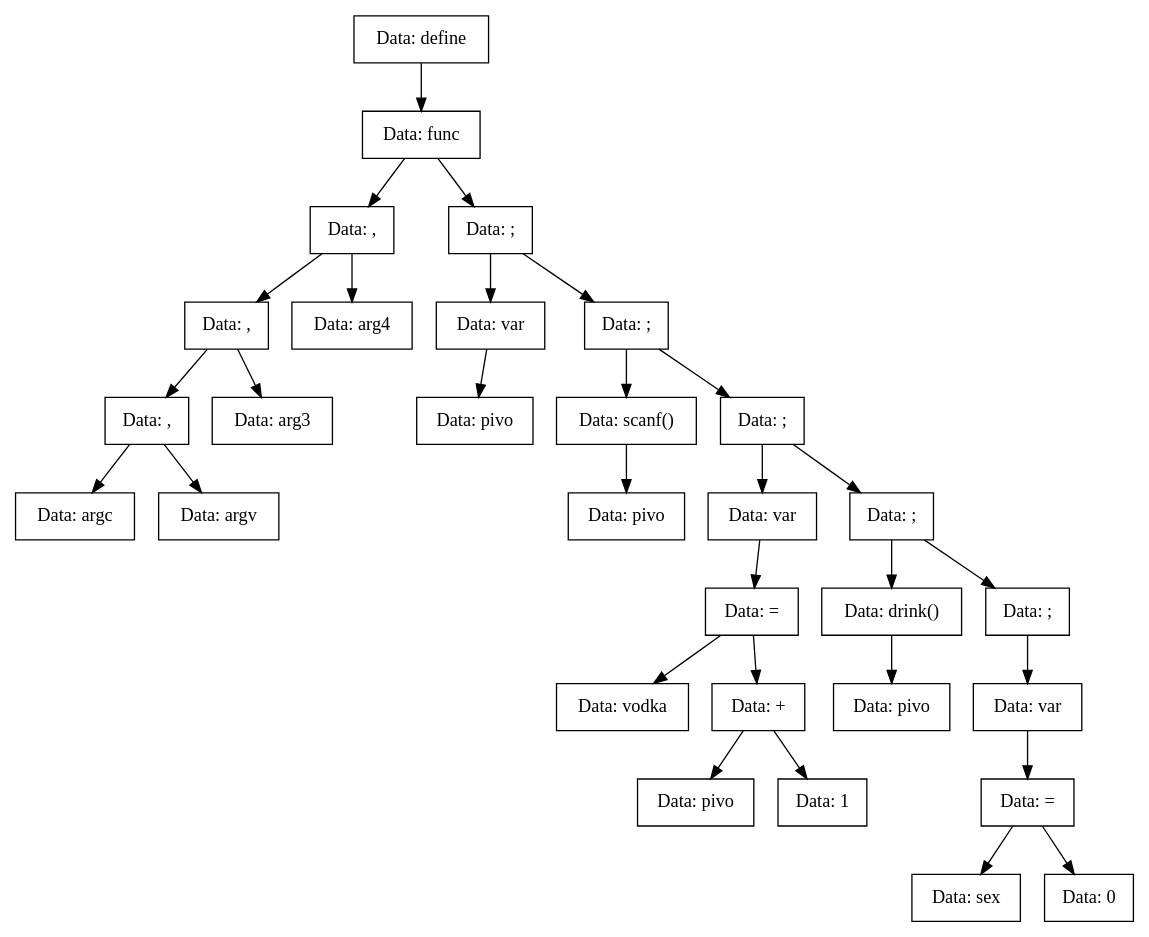
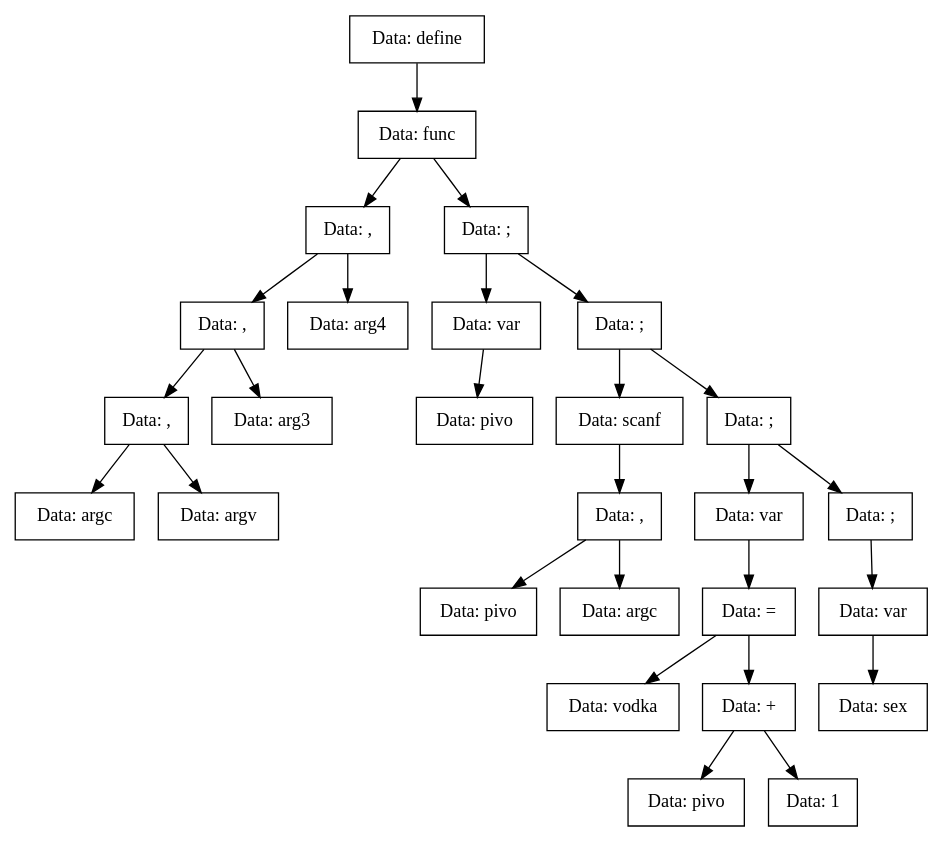
Before and after one commit to vorontsov-amd/Compiller: the diagram in TreeDump/func.dot, drawn with Graphviz. The commit also changed 16 other files, not shown here.

```diff
--- a/TreeDump/func.dot
+++ b/TreeDump/func.dot
@@ -1,61 +1,55 @@
 digraph func{
-Node0x559689da5d60[shape="record", label="Data: define"];
-Node0x559689da5f40[shape="record", label="Data: func"];
-Node0x559689da5db0[shape="record", label="Data: ,"];
-Node0x559689da5ef0[shape="record", label="Data: ,"];
-Node0x559689da5e00[shape="record", label="Data: ,"];
-Node0x559689da5ea0[shape="record", label="Data: argc"];
-Node0x559689da5e00->Node0x559689da5ea0;
-Node0x559689da5e50[shape="record", label="Data: argv"];
-Node0x559689da5e00->Node0x559689da5e50;
-Node0x559689da5ef0->Node0x559689da5e00;
-Node0x559689da5cc0[shape="record", label="Data: arg3"];
-Node0x559689da5ef0->Node0x559689da5cc0;
-Node0x559689da5db0->Node0x559689da5ef0;
-Node0x559689da64e0[shape="record", label="Data: arg4"];
-Node0x559689da5db0->Node0x559689da64e0;
-Node0x559689da5f40->Node0x559689da5db0;
-Node0x559689da6490[shape="record", label="Data: ;"];
-Node0x559689da63a0[shape="record", label="Data: var"];
-Node0x559689da6170[shape="record", label="Data: pivo"];
-Node0x559689da63a0->Node0x559689da6170;
-Node0x559689da6490->Node0x559689da63a0;
-Node0x559689da6080[shape="record", label="Data: ;"];
-Node0x559689da5f90[shape="record", label="Data: scanf()"];
-Node0x559689da5d10[shape="record", label="Data: pivo"];
-Node0x559689da5f90->Node0x559689da5d10;
-Node0x559689da6080->Node0x559689da5f90;
-Node0x559689da6530[shape="record", label="Data: ;"];
-Node0x559689da62b0[shape="record", label="Data: var"];
-Node0x559689da6210[shape="record", label="Data: ="];
-Node0x559689da61c0[shape="record", label="Data: vodka"];
-Node0x559689da6210->Node0x559689da61c0;
-Node0x559689da6440[shape="record", label="Data: +"];
-Node0x559689da63f0[shape="record", label="Data: pivo"];
-Node0x559689da6440->Node0x559689da63f0;
-Node0x559689da6580[shape="record", label="Data: 1"];
-Node0x559689da6440->Node0x559689da6580;
-Node0x559689da6210->Node0x559689da6440;
-Node0x559689da62b0->Node0x559689da6210;
-Node0x559689da6530->Node0x559689da62b0;
-Node0x559689da65d0[shape="record", label="Data: ;"];
-Node0x559689da6350[shape="record", label="Data: drink()"];
-Node0x559689da6030[shape="record", label="Data: pivo"];
-Node0x559689da6350->Node0x559689da6030;
-Node0x559689da65d0->Node0x559689da6350;
-Node0x559689da5fe0[shape="record", label="Data: ;"];
-Node0x559689da6120[shape="record", label="Data: var"];
-Node0x559689da60d0[shape="record", label="Data: ="];
-Node0x559689da6260[shape="record", label="Data: sex"];
-Node0x559689da60d0->Node0x559689da6260;
-Node0x559689da6300[shape="record", label="Data: 0"];
-Node0x559689da60d0->Node0x559689da6300;
-Node0x559689da6120->Node0x559689da60d0;
-Node0x559689da5fe0->Node0x559689da6120;
-Node0x559689da65d0->Node0x559689da5fe0;
-Node0x559689da6530->Node0x559689da65d0;
-Node0x559689da6080->Node0x559689da6530;
-Node0x559689da6490->Node0x559689da6080;
-Node0x559689da5f40->Node0x559689da6490;
-Node0x559689da5d60->Node0x559689da5f40;
+Node0x55af1790c2c0[shape="record", label="Data: define"];
+Node0x55af1790c4a0[shape="record", label="Data: func"];
+Node0x55af1790c310[shape="record", label="Data: ,"];
+Node0x55af1790c450[shape="record", label="Data: ,"];
+Node0x55af1790c360[shape="record", label="Data: ,"];
+Node0x55af1790c400[shape="record", label="Data: argc"];
+Node0x55af1790c360->Node0x55af1790c400;
+Node0x55af1790c3b0[shape="record", label="Data: argv"];
+Node0x55af1790c360->Node0x55af1790c3b0;
+Node0x55af1790c450->Node0x55af1790c360;
+Node0x55af1790c220[shape="record", label="Data: arg3"];
+Node0x55af1790c450->Node0x55af1790c220;
+Node0x55af1790c310->Node0x55af1790c450;
+Node0x55af1790ca40[shape="record", label="Data: arg4"];
+Node0x55af1790c310->Node0x55af1790ca40;
+Node0x55af1790c4a0->Node0x55af1790c310;
+Node0x55af1790c9f0[shape="record", label="Data: ;"];
+Node0x55af1790c9a0[shape="record", label="Data: var"];
+Node0x55af1790c770[shape="record", label="Data: pivo"];
+Node0x55af1790c9a0->Node0x55af1790c770;
+Node0x55af1790c9f0->Node0x55af1790c9a0;
+Node0x55af1790c5e0[shape="record", label="Data: ;"];
+Node0x55af1790c4f0[shape="record", label="Data: scanf"];
+Node0x55af1790c270[shape="record", label="Data: ,"];
+Node0x55af1790c7c0[shape="record", label="Data: pivo"];
+Node0x55af1790c270->Node0x55af1790c7c0;
+Node0x55af1790c680[shape="record", label="Data: argc"];
+Node0x55af1790c270->Node0x55af1790c680;
+Node0x55af1790c4f0->Node0x55af1790c270;
+Node0x55af1790c5e0->Node0x55af1790c4f0;
+Node0x55af1790c630[shape="record", label="Data: ;"];
+Node0x55af1790c860[shape="record", label="Data: var"];
+Node0x55af1790c900[shape="record", label="Data: ="];
+Node0x55af1790c950[shape="record", label="Data: vodka"];
+Node0x55af1790c900->Node0x55af1790c950;
+Node0x55af1790c8b0[shape="record", label="Data: +"];
+Node0x55af1790c810[shape="record", label="Data: pivo"];
+Node0x55af1790c8b0->Node0x55af1790c810;
+Node0x55af1790c720[shape="record", label="Data: 1"];
+Node0x55af1790c8b0->Node0x55af1790c720;
+Node0x55af1790c900->Node0x55af1790c8b0;
+Node0x55af1790c860->Node0x55af1790c900;
+Node0x55af1790c630->Node0x55af1790c860;
+Node0x55af1790c590[shape="record", label="Data: ;"];
+Node0x55af1790c540[shape="record", label="Data: var"];
+Node0x55af1790c6d0[shape="record", label="Data: sex"];
+Node0x55af1790c540->Node0x55af1790c6d0;
+Node0x55af1790c590->Node0x55af1790c540;
+Node0x55af1790c630->Node0x55af1790c590;
+Node0x55af1790c5e0->Node0x55af1790c630;
+Node0x55af1790c9f0->Node0x55af1790c5e0;
+Node0x55af1790c4a0->Node0x55af1790c9f0;
+Node0x55af1790c2c0->Node0x55af1790c4a0;
 }
```
